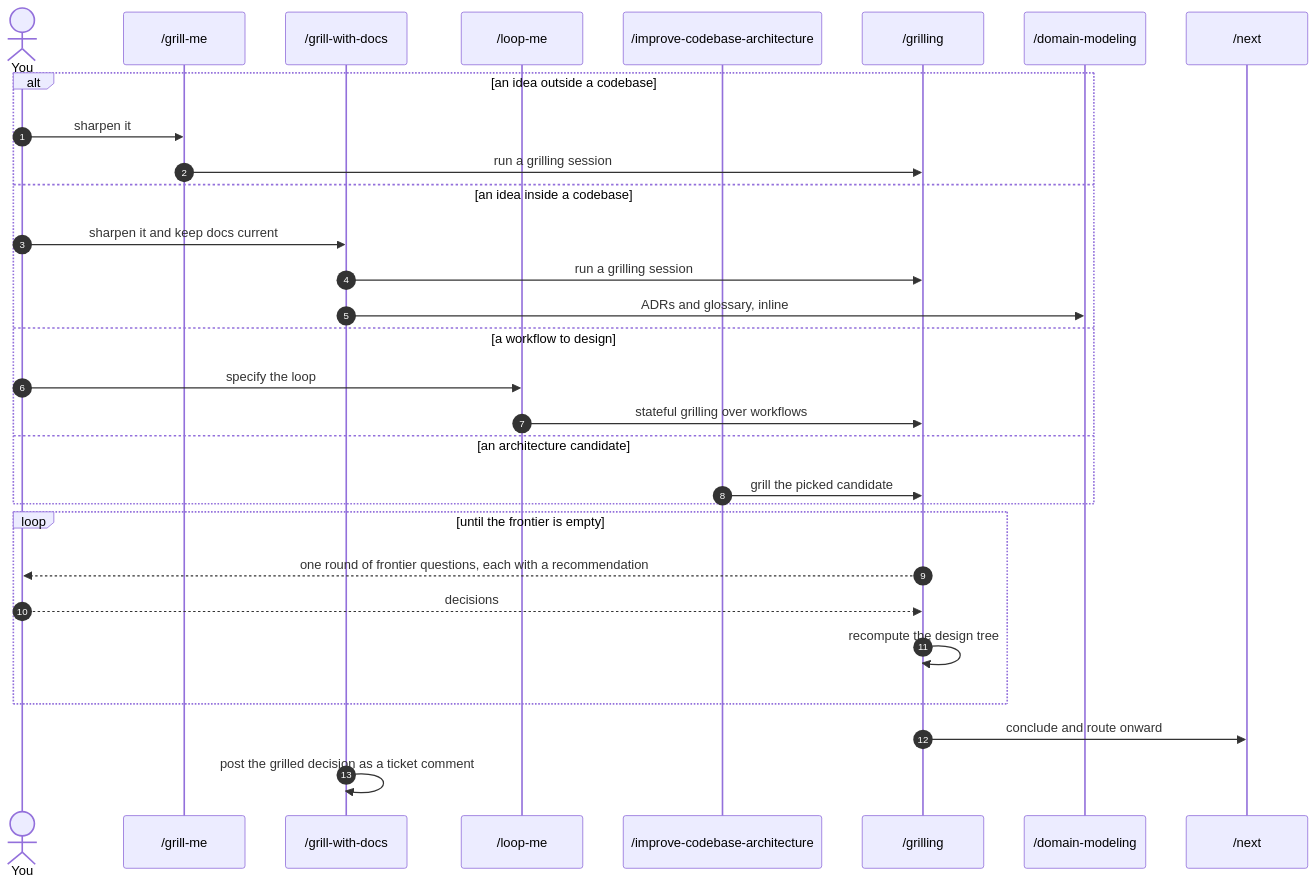
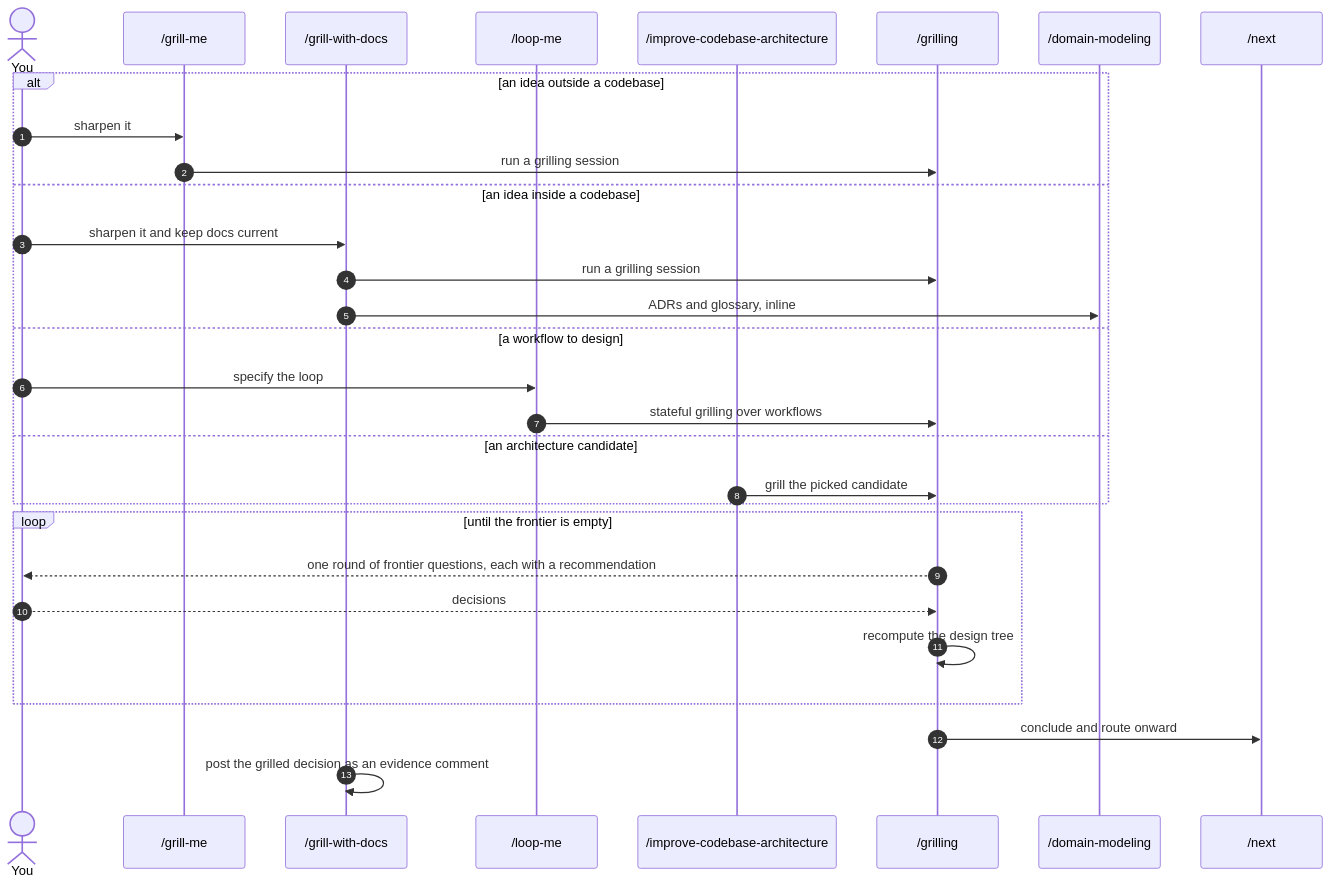
Before and after one commit to bradcstevens/git-loopy-skills: the fourth of 12 diagrams in docs/skill-connections.md, drawn with Mermaid. The commit also changed other lines of this file and 1 other file, not shown here.

````diff
--- a/docs/skill-connections.md
+++ b/docs/skill-connections.md
@@ -221,35 +221,35 @@
 ```mermaid
 sequenceDiagram
     autonumber
     actor U as You
     participant GM as /grill-me
     participant GD as /grill-with-docs
     participant LM as /loop-me
     participant ICA as /improve-codebase-architecture
     participant GR as /grilling
     participant DM as /domain-modeling
     participant NX as /next
 
     alt an idea outside a codebase
         U->>GM: sharpen it
         GM->>GR: run a grilling session
     else an idea inside a codebase
         U->>GD: sharpen it and keep docs current
         GD->>GR: run a grilling session
         GD->>DM: ADRs and glossary, inline
     else a workflow to design
         U->>LM: specify the loop
         LM->>GR: stateful grilling over workflows
     else an architecture candidate
         ICA->>GR: grill the picked candidate
     end
 
     loop until the frontier is empty
         GR-->>U: one round of frontier questions, each with a recommendation
         U-->>GR: decisions
         GR->>GR: recompute the design tree
     end
 
     GR->>NX: conclude and route onward
-    GD->>GD: post the grilled decision as a ticket comment
+    GD->>GD: post the grilled decision as an evidence comment
 ```
````
